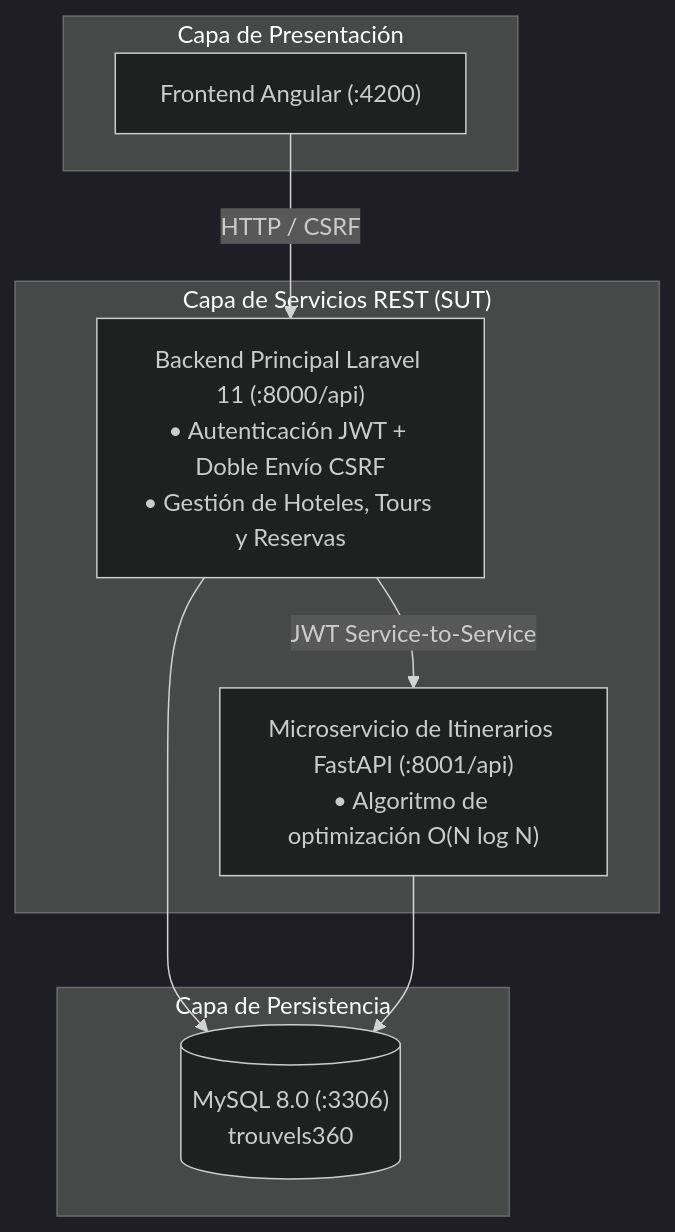
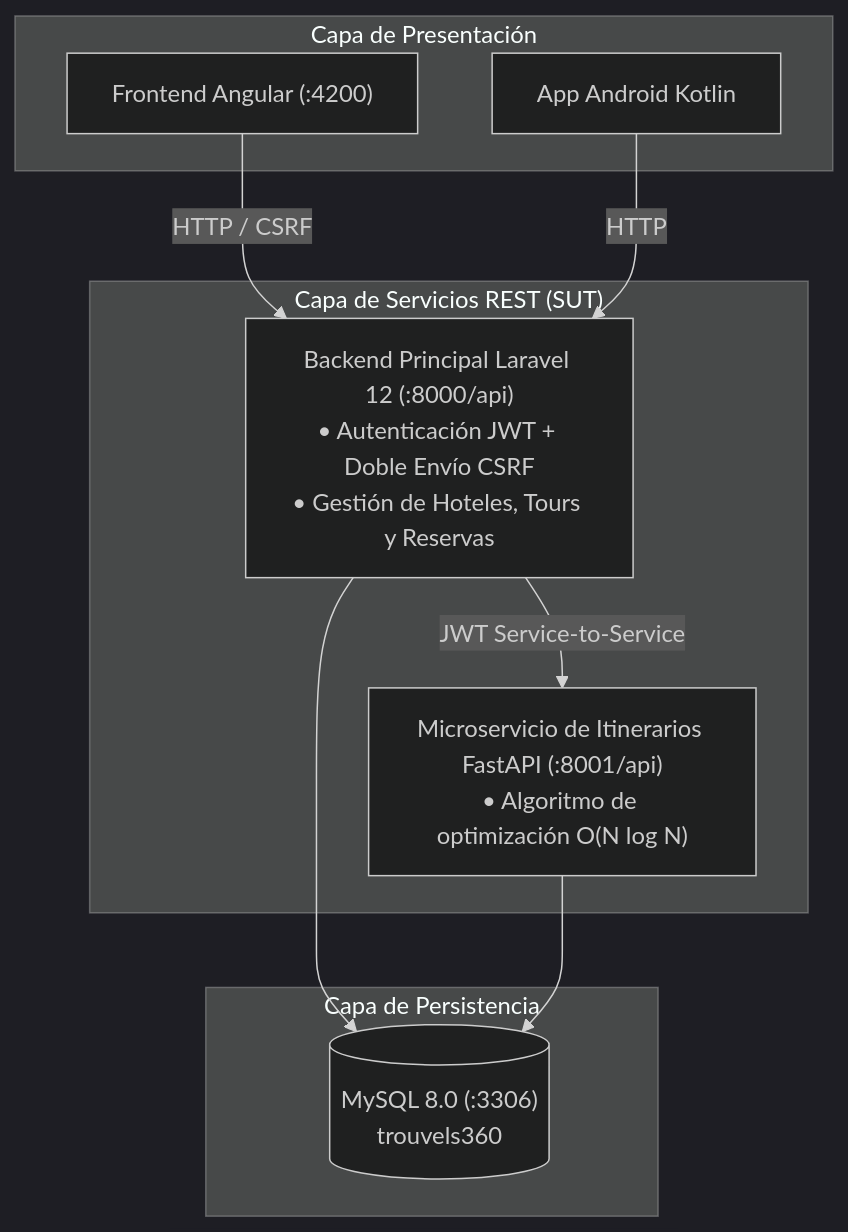
Before and after one commit to dariohuerta84/Proyecto-Calidad: the diagram in README.md, drawn with Mermaid (dark theme). The commit also changed other lines of this file and 900 other files, not shown here.

````diff
--- a/README.md
+++ b/README.md
@@ -25,20 +25,22 @@
 ```mermaid
 flowchart TD
     subgraph Frontend["Capa de Presentación"]
         ANG["Frontend Angular (:4200)"]
+        AND["App Android Kotlin"]
     end
 
     subgraph Backend["Capa de Servicios REST (SUT)"]
-        LAR["Backend Principal Laravel 11 (:8000/api)<br/>• Autenticación JWT + Doble Envío CSRF<br/>• Gestión de Hoteles, Tours y Reservas"]
+        LAR["Backend Principal Laravel 12 (:8000/api)<br/>• Autenticación JWT + Doble Envío CSRF<br/>• Gestión de Hoteles, Tours y Reservas"]
         FAST["Microservicio de Itinerarios FastAPI (:8001/api)<br/>• Algoritmo de optimización O(N log N)"]
     end
 
     subgraph Datos["Capa de Persistencia"]
         DB[("MySQL 8.0 (:3306)<br/>trouvels360")]
     end
 
     ANG -->|HTTP / CSRF| LAR
+    AND -->|HTTP| LAR
     LAR -->|JWT Service-to-Service| FAST
     LAR --> DB
     FAST --> DB
 ```
````
